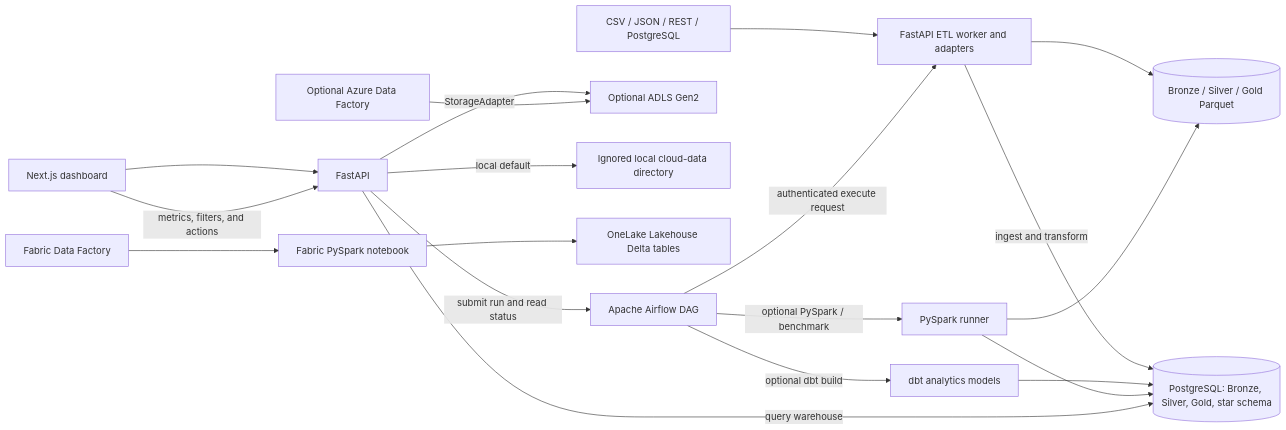
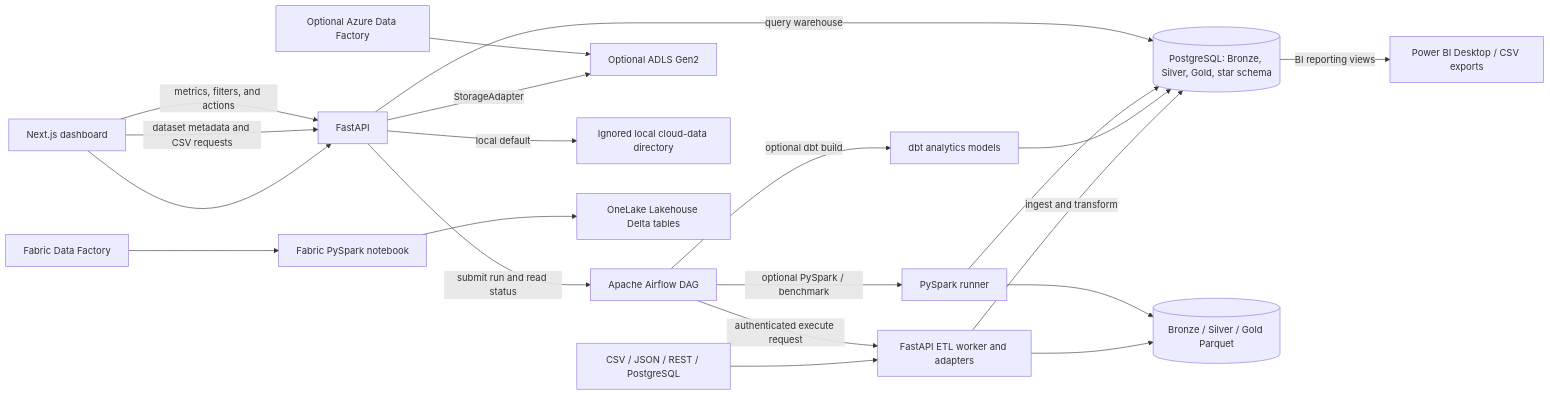
The diagram in README.md (Sajini3655/DataFlow360), drawn with Mermaid before and after one commit. The commit also changed other lines of this file and 47 other files, not shown here.

````diff
--- a/README.md
+++ b/README.md
@@ -20,21 +24,23 @@
 ```mermaid
 flowchart LR
     Sources[CSV / JSON / REST / PostgreSQL] --> Worker[FastAPI ETL worker and adapters]
     UI[Next.js dashboard] --> API[FastAPI]
     API -->|StorageAdapter| ADLS[Optional ADLS Gen2]
     API -->|local default| Local[Ignored local cloud-data directory]
     ADF[Optional Azure Data Factory] --> ADLS
     Fabric[Fabric Data Factory] --> Notebook[Fabric PySpark notebook]
     Notebook --> OneLake[OneLake Lakehouse Delta tables]
     API -->|submit run and read status| Airflow
     Airflow[Apache Airflow DAG] -->|authenticated execute request| Worker
     Airflow -->|optional dbt build| DBT[dbt analytics models]
     Airflow -->|optional PySpark / benchmark| Spark[PySpark runner]
     Worker -->|ingest and transform| Warehouse[(PostgreSQL: Bronze, Silver, Gold, star schema)]
     Worker --> Parquet[(Bronze / Silver / Gold Parquet)]
     DBT --> Warehouse
     Spark --> Parquet
     Spark --> Warehouse
     API -->|query warehouse| Warehouse
+    Warehouse -->|BI reporting views| BI[Power BI Desktop / CSV exports]
+    UI -->|dataset metadata and CSV requests| API
     UI -->|metrics, filters, and actions| API
 ```
````
